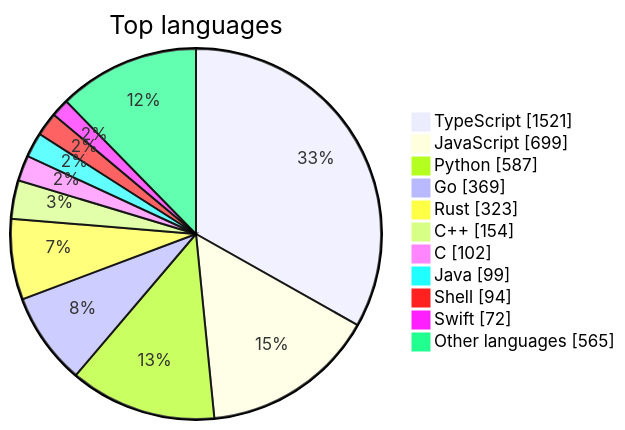
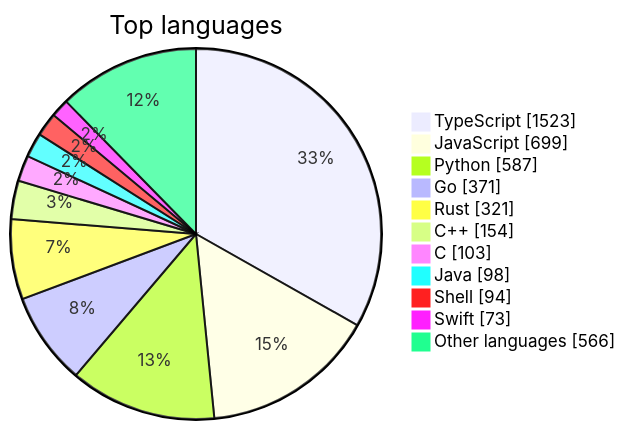
Before and after one commit to maxgfr/awesome-stars: the first of 2 diagrams in README.md, drawn with Mermaid. The commit also changed other lines of this file and 27 other files, not shown here.

````diff
--- a/README.md
+++ b/README.md
@@ -39,14 +39,14 @@
 ```mermaid
 pie showData title Top languages
-    "TypeScript" : 1521
+    "TypeScript" : 1523
     "JavaScript" : 699
     "Python" : 587
-    "Go" : 369
-    "Rust" : 323
+    "Go" : 371
+    "Rust" : 321
     "C++" : 154
-    "C" : 102
-    "Java" : 99
+    "C" : 103
+    "Java" : 98
     "Shell" : 94
-    "Swift" : 72
-    "Other languages" : 565
+    "Swift" : 73
+    "Other languages" : 566
 ```
````
